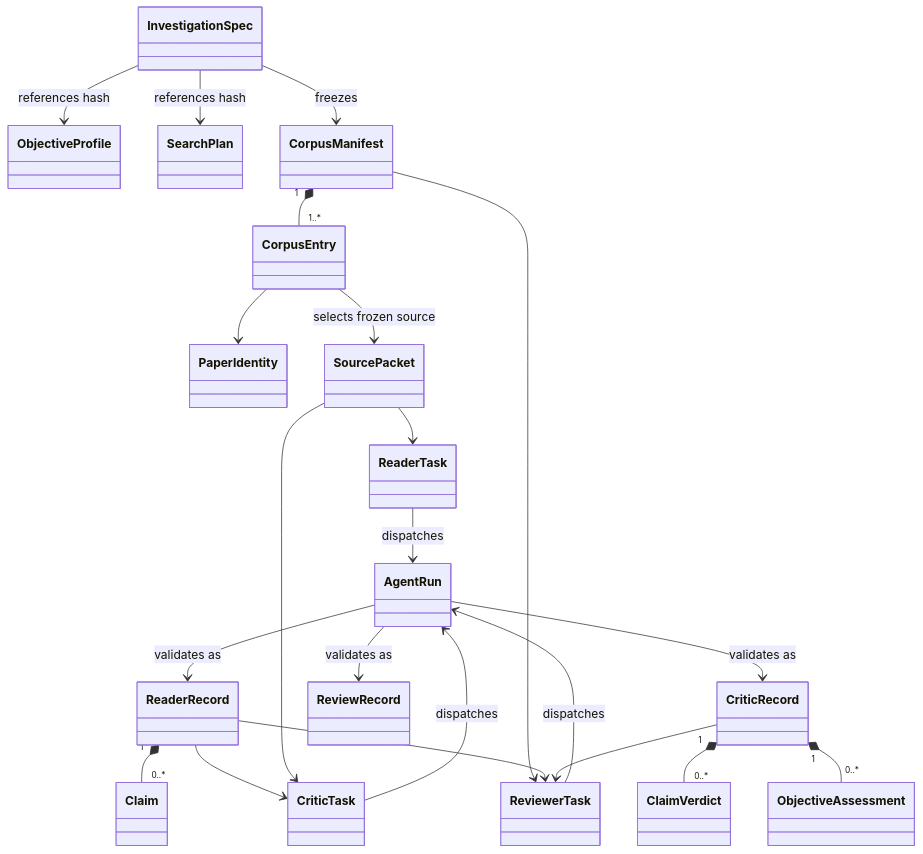
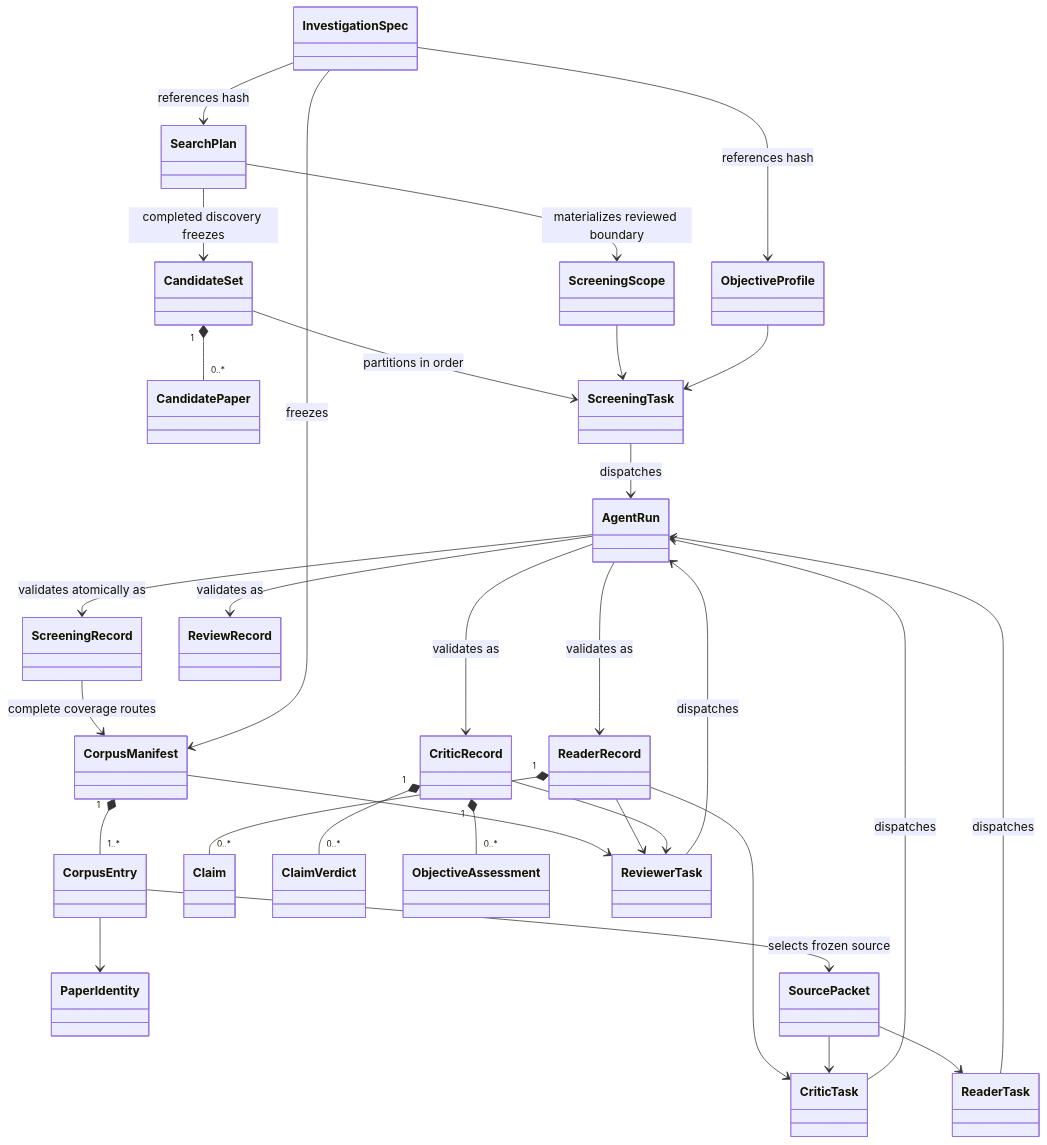
The second of 9 diagrams in docs/specs/01-core-investigation-platform.md (seiers24/arxiv-triage), drawn with Mermaid before and after one commit. The commit also changed other lines of this file and 377 other files, not shown here.

````diff
--- a/docs/specs/01-core-investigation-platform.md
+++ b/docs/specs/01-core-investigation-platform.md
@@ -115,42 +125,56 @@
 ```mermaid
 classDiagram
     class InvestigationSpec
     class ObjectiveProfile
     class SearchPlan
+    class ScreeningScope
+    class CandidateSet
+    class CandidatePaper
+    class ScreeningTask
+    class ScreeningRecord
     class CorpusManifest
     class CorpusEntry
     class PaperIdentity
     class SourcePacket
     class ReaderTask
     class ReaderRecord
     class Claim
     class CriticTask
     class CriticRecord
     class ClaimVerdict
     class ObjectiveAssessment
     class ReviewerTask
     class ReviewRecord
     class AgentRun
 
     InvestigationSpec --> ObjectiveProfile : references hash
     InvestigationSpec --> SearchPlan : references hash
+    SearchPlan --> ScreeningScope : materializes reviewed boundary
+    SearchPlan --> CandidateSet : completed discovery freezes
+    CandidateSet "1" *-- "0..*" CandidatePaper
+    CandidateSet --> ScreeningTask : partitions in order
+    ScreeningScope --> ScreeningTask
+    ObjectiveProfile --> ScreeningTask
+    ScreeningTask --> AgentRun : dispatches
+    AgentRun --> ScreeningRecord : validates atomically as
+    ScreeningRecord --> CorpusManifest : complete coverage routes
     InvestigationSpec --> CorpusManifest : freezes
     CorpusManifest "1" *-- "1..*" CorpusEntry
     CorpusEntry --> PaperIdentity
     CorpusEntry --> SourcePacket : selects frozen source
     SourcePacket --> ReaderTask
     ReaderTask --> AgentRun : dispatches
     AgentRun --> ReaderRecord : validates as
     ReaderRecord "1" *-- "0..*" Claim
     ReaderRecord --> CriticTask
     SourcePacket --> CriticTask
     CriticTask --> AgentRun : dispatches
     AgentRun --> CriticRecord : validates as
     CriticRecord "1" *-- "0..*" ClaimVerdict
     CriticRecord "1" *-- "0..*" ObjectiveAssessment
     CorpusManifest --> ReviewerTask
     ReaderRecord --> ReviewerTask
     CriticRecord --> ReviewerTask
     ReviewerTask --> AgentRun : dispatches
     AgentRun --> ReviewRecord : validates as
 ```
````
